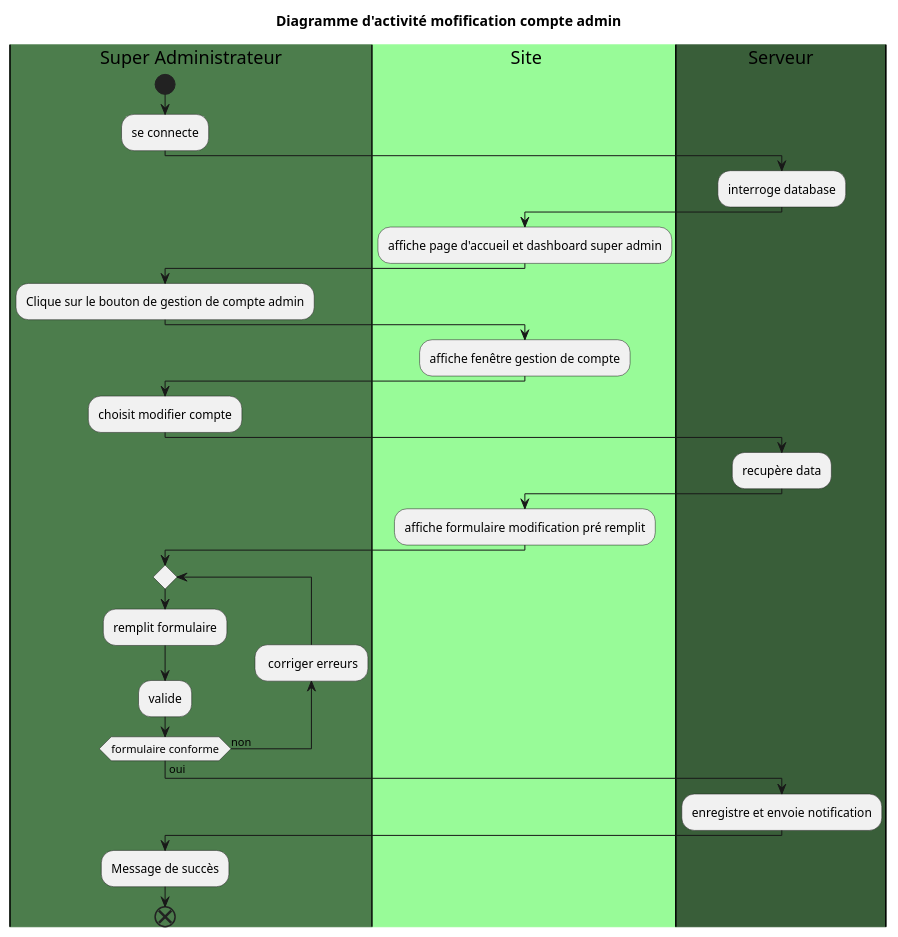
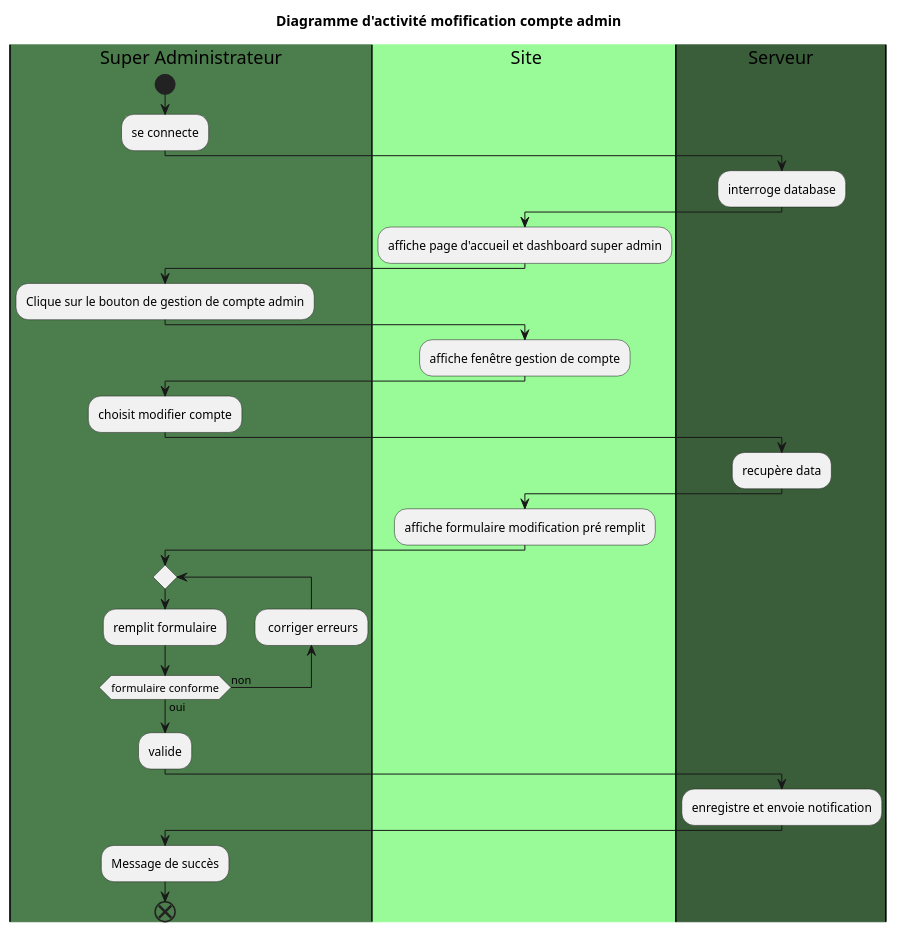
One commit to remip03/eduZouZou changed the third of 7 diagrams in useCase/diagActivitéSuperAdmin.puml. Above: the diagram before and after it, drawn with PlantUML. The commit also changed other lines of this file and 2 other files, not shown here.

```diff
--- a/useCase/diagActivitéSuperAdmin.puml
+++ b/useCase/diagActivitéSuperAdmin.puml
@@ -92,46 +87,46 @@
 @startuml modification compte
 
 title "Diagramme d'activité mofification compte admin"
 |#4C7D4C|Super Administrateur|
 |#Palegreen|s| Site
 |#395E39|Serveur|
 
 
 
     |Super Administrateur|
     start
     :se connecte;
      |Serveur|
     :interroge database;
     |s|
  :affiche page d'accueil et dashboard super admin;
   |Super Administrateur|
 
   
     :Clique sur le bouton de gestion de compte admin;
     |s|
     :affiche fenêtre gestion de compte;  
     
    
     |Super Administrateur|
     :choisit modifier compte;   
    
     |Serveur|
     :recupère data;
     |s|
     :affiche formulaire modification pré remplit;
     |Super Administrateur|
     repeat
     :remplit formulaire;  
-    :valide; 
     backward: corriger erreurs;
 repeatwhile (formulaire conforme) is (non) not (oui)  
+    :valide; 
     |Serveur|
     :enregistre et envoie notification;
     
     |Super Administrateur|
     :Message de succès;
     end
 
 
 @enduml
```
